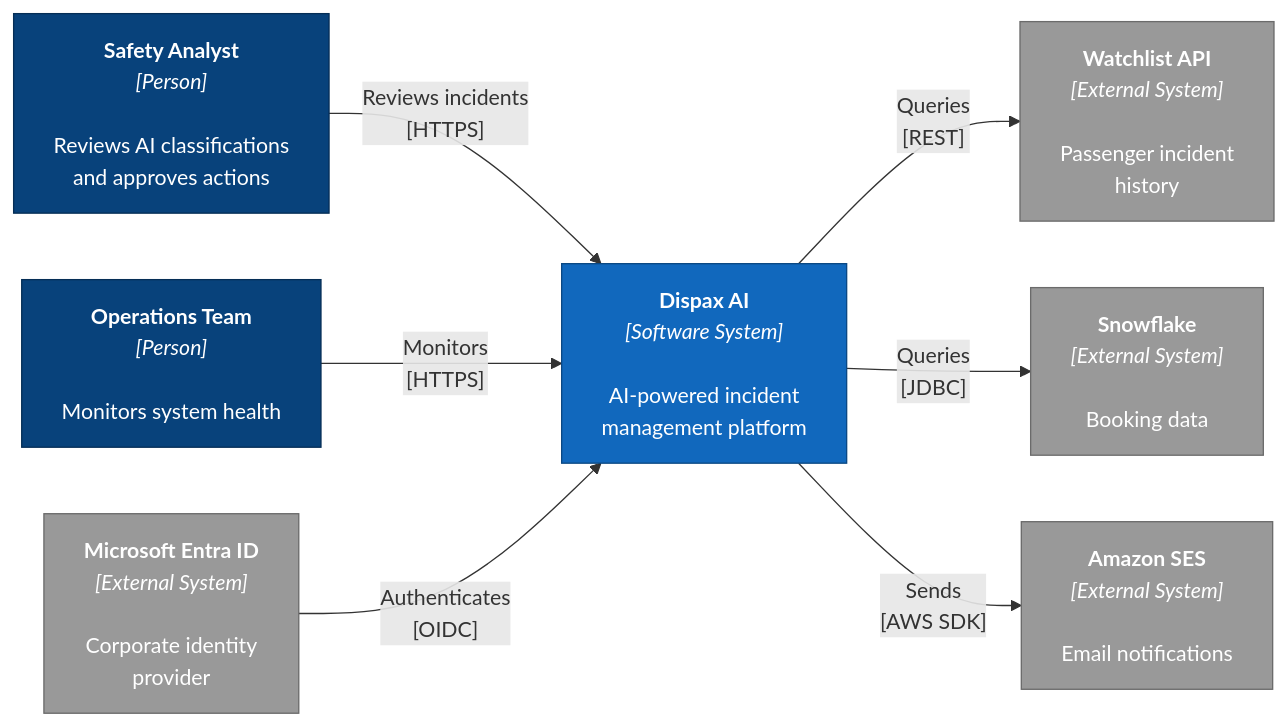
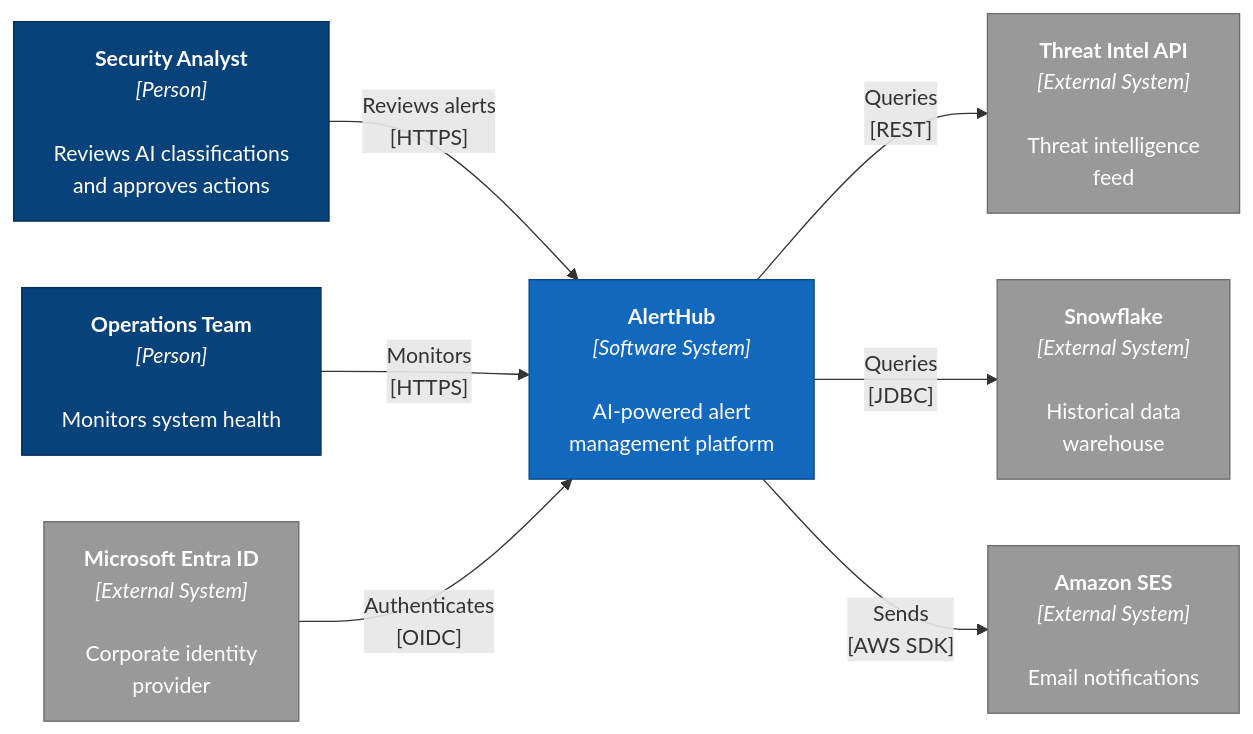
Before and after one commit to DavidROliverBA/Daves-Claude-Code-Skills: the first of 2 diagrams in examples/diagramming/05-real-world-example.md, drawn with Mermaid. The commit also changed other lines of this file and 6 other files, not shown here.

First line of the commit message:
Replace Dispax-specific examples with generic AlertHub system

````diff
--- a/examples/diagramming/05-real-world-example.md
+++ b/examples/diagramming/05-real-world-example.md
@@ -34,27 +34,27 @@
 ```mermaid
 flowchart LR
-    Analyst["<b>Safety Analyst</b><br/><i>[Person]</i><br/><br/>Reviews AI classifications<br/>and approves actions"]
+    Analyst["<b>Security Analyst</b><br/><i>[Person]</i><br/><br/>Reviews AI classifications<br/>and approves actions"]
     Ops["<b>Operations Team</b><br/><i>[Person]</i><br/><br/>Monitors system health"]
 
-    DispaxAI["<b>Dispax AI</b><br/><i>[Software System]</i><br/><br/>AI-powered incident<br/>management platform"]
+    AlertHub["<b>AlertHub</b><br/><i>[Software System]</i><br/><br/>AI-powered alert<br/>management platform"]
 
     Entra["<b>Microsoft Entra ID</b><br/><i>[External System]</i><br/><br/>Corporate identity<br/>provider"]
-    Watchlist["<b>Watchlist API</b><br/><i>[External System]</i><br/><br/>Passenger incident<br/>history"]
-    Snowflake["<b>Snowflake</b><br/><i>[External System]</i><br/><br/>Booking data"]
+    ThreatAPI["<b>Threat Intel API</b><br/><i>[External System]</i><br/><br/>Threat intelligence<br/>feed"]
+    Snowflake["<b>Snowflake</b><br/><i>[External System]</i><br/><br/>Historical data<br/>warehouse"]
     SES["<b>Amazon SES</b><br/><i>[External System]</i><br/><br/>Email notifications"]
 
-    Analyst -->|"Reviews incidents<br/>[HTTPS]"| DispaxAI
-    Ops -->|"Monitors<br/>[HTTPS]"| DispaxAI
-    Entra -->|"Authenticates<br/>[OIDC]"| DispaxAI
-    DispaxAI -->|"Queries<br/>[REST]"| Watchlist
-    DispaxAI -->|"Queries<br/>[JDBC]"| Snowflake
-    DispaxAI -->|"Sends<br/>[AWS SDK]"| SES
+    Analyst -->|"Reviews alerts<br/>[HTTPS]"| AlertHub
+    Ops -->|"Monitors<br/>[HTTPS]"| AlertHub
+    Entra -->|"Authenticates<br/>[OIDC]"| AlertHub
+    AlertHub -->|"Queries<br/>[REST]"| ThreatAPI
+    AlertHub -->|"Queries<br/>[JDBC]"| Snowflake
+    AlertHub -->|"Sends<br/>[AWS SDK]"| SES
 
     classDef person fill:#08427B,stroke:#052E56,color:#fff
     classDef system fill:#1168BD,stroke:#0B4884,color:#fff
     classDef external fill:#999999,stroke:#6B6B6B,color:#fff
 
     class Analyst,Ops person
-    class DispaxAI system
-    class Entra,Watchlist,Snowflake,SES external
+    class AlertHub system
+    class Entra,ThreatAPI,Snowflake,SES external
 ```
````
